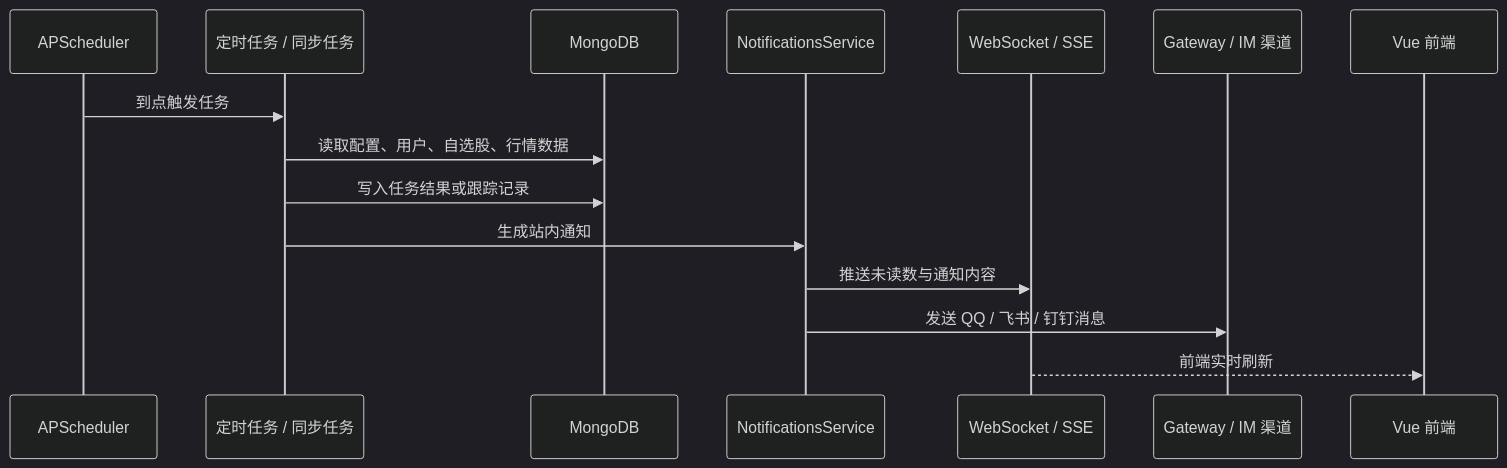
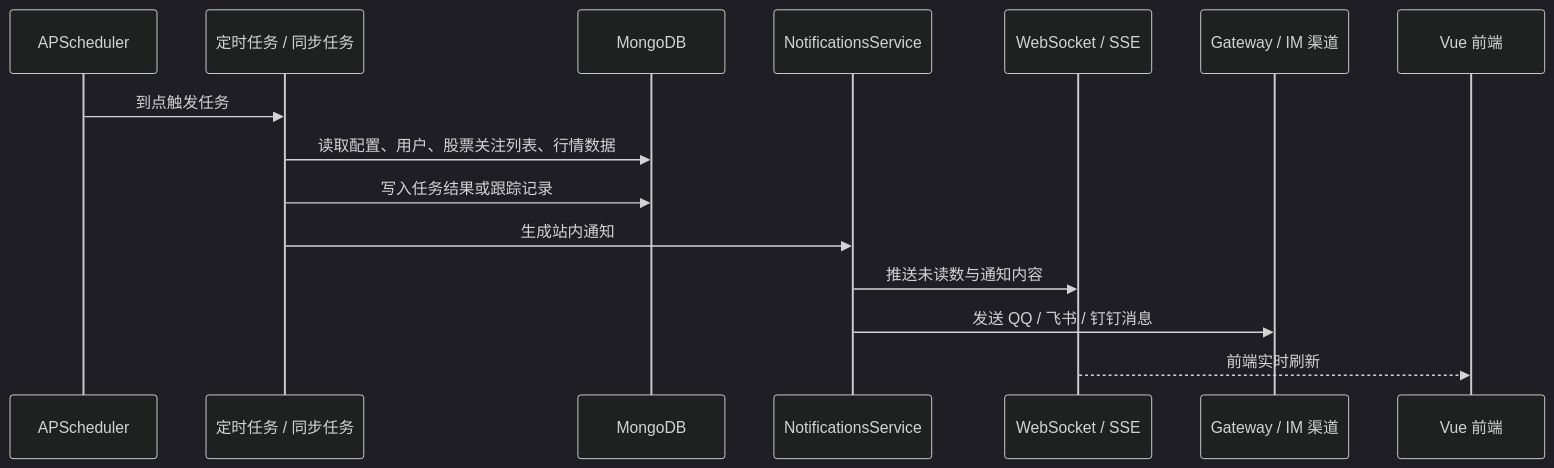
One commit to hsliuping/TradingAgents-CN changed the third of 4 diagrams in docs/03-development/architecture/system-overview.md. Above: the diagram before and after it, drawn with Mermaid (dark theme). The commit also changed other lines of this file and 71 other files, not shown here.

````diff
--- a/docs/03-development/architecture/system-overview.md
+++ b/docs/03-development/architecture/system-overview.md
@@ -114,18 +114,18 @@
 ```mermaid
 sequenceDiagram
     participant SCH as APScheduler
     participant JOB as 定时任务 / 同步任务
     participant DB as MongoDB
     participant NS as NotificationsService
     participant WS as WebSocket / SSE
     participant IM as Gateway / IM 渠道
     participant FE as Vue 前端
 
     SCH->>JOB: 到点触发任务
-    JOB->>DB: 读取配置、用户、自选股、行情数据
+    JOB->>DB: 读取配置、用户、股票关注列表、行情数据
     JOB->>DB: 写入任务结果或跟踪记录
     JOB->>NS: 生成站内通知
     NS->>WS: 推送未读数与通知内容
     NS->>IM: 发送 QQ / 飞书 / 钉钉消息
     WS-->>FE: 前端实时刷新
 ```
````
